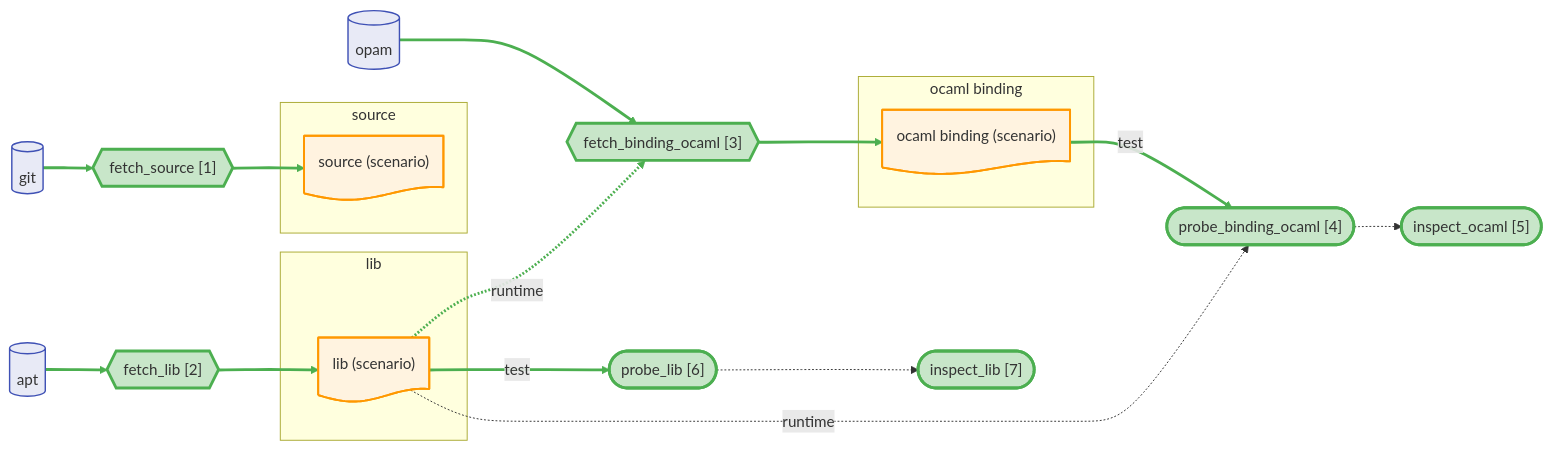
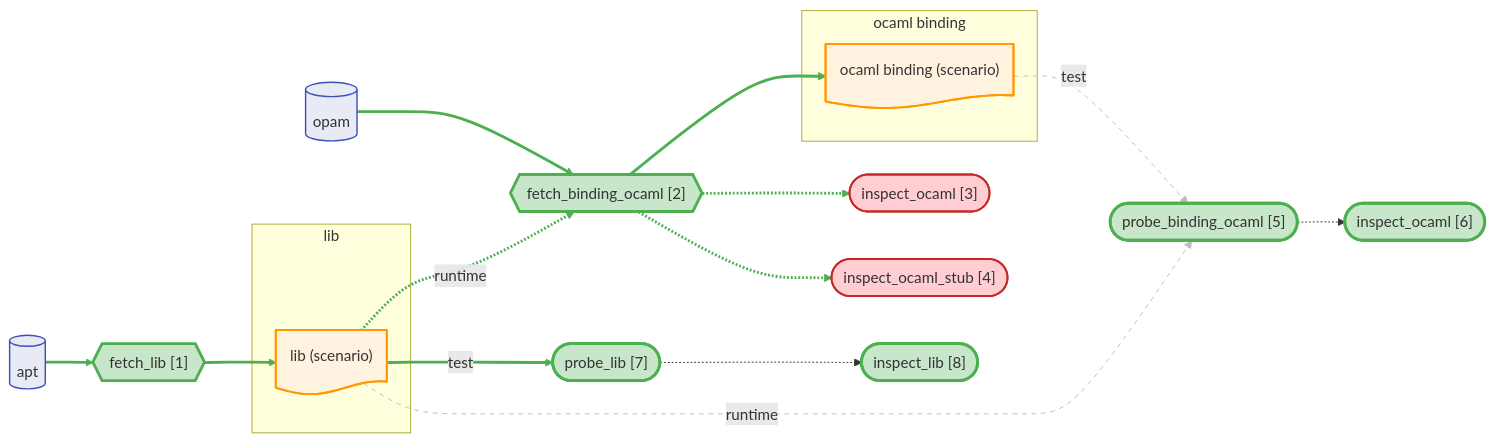
Before and after one commit to JHU-PL-Lab/tola: the diagram in docs/canary/projects/zlib/-run/diagrams/full.mmd, drawn with Mermaid. The commit also changed 129 other files, not shown here.

```diff
--- a/docs/canary/projects/zlib/-run/diagrams/full.mmd
+++ b/docs/canary/projects/zlib/-run/diagrams/full.mmd
@@ -1,62 +1,61 @@
 %% view: full
 graph LR
-    subgraph source_sg ["source"]
-      source_node@{ shape: doc, label: "source (scenario)" }
-    end
     subgraph lib_sg ["lib"]
       lib_node@{ shape: doc, label: "lib (scenario)" }
     end
     subgraph ocaml_binding_sg ["ocaml binding"]
       ocaml_binding_node@{ shape: doc, label: "ocaml binding (scenario)" }
     end
 
     apt_store@{ shape: cyl, label: "apt" }
-    git_store@{ shape: cyl, label: "git" }
     opam_store@{ shape: cyl, label: "opam" }
 
-    A_fetch_source{{"fetch_source [1]"}}
-    A_fetch_lib{{"fetch_lib [2]"}}
-    A_fetch_binding_ocaml{{"fetch_binding_ocaml [3]"}}
-    A_probe_binding_ocaml(["probe_binding_ocaml [4]"])
-    A_probe_binding_ocaml_inspect(["inspect_ocaml [5]"])
-    A_probe_lib(["probe_lib [6]"])
-    A_probe_lib_inspect(["inspect_lib [7]"])
+    A_fetch_lib{{"fetch_lib [1]"}}
+    A_fetch_binding_ocaml{{"fetch_binding_ocaml [2]"}}
+    A_fetch_binding_ocaml_inspect(["inspect_ocaml [3]"])
+    A_fetch_binding_ocaml_stub_inspect(["inspect_ocaml_stub [4]"])
+    A_probe_binding_ocaml(["probe_binding_ocaml [5]"])
+    A_probe_binding_ocaml_inspect(["inspect_ocaml [6]"])
+    A_probe_lib(["probe_lib [7]"])
+    A_probe_lib_inspect(["inspect_lib [8]"])
 
-    git_store --> A_fetch_source --> source_node
     apt_store --> A_fetch_lib --> lib_node
     lib_node -->|test| A_probe_lib
     opam_store --> A_fetch_binding_ocaml --> ocaml_binding_node
     lib_node -.->|runtime| A_fetch_binding_ocaml
     ocaml_binding_node -->|test| A_probe_binding_ocaml
     lib_node -.->|runtime| A_probe_binding_ocaml
+    A_fetch_binding_ocaml -.-> A_fetch_binding_ocaml_inspect
+    A_fetch_binding_ocaml -.-> A_fetch_binding_ocaml_stub_inspect
     A_probe_binding_ocaml -.-> A_probe_binding_ocaml_inspect
     A_probe_lib -.-> A_probe_lib_inspect
 
     classDef artifact fill:#fff3e0,stroke:#ff9800,stroke-width:2px
     classDef store fill:#e8eaf6,stroke:#3f51b5,stroke-width:1.5px
     classDef st_done fill:#c8e6c9,stroke:#4caf50,stroke-width:3px
     classDef st_done_ctx fill:#e8f5e9,stroke:#a5d6a7,stroke-width:1.5px
     classDef st_expected_fail fill:#fff9c4,stroke:#f9a825,stroke-width:2px
     classDef st_failed fill:#ffcdd2,stroke:#c62828,stroke-width:2px
     classDef st_skipped fill:#f5f5f5,stroke:#9e9e9e,stroke-dasharray:5
     classDef st_nospec fill:#fafafa,stroke:#bdbdbd,stroke-dasharray:5
-    class source_node,lib_node,ocaml_binding_node artifact
+    class lib_node,ocaml_binding_node artifact
     class apt_store store
-    class git_store store
     class opam_store store
-    class A_fetch_source st_done
     class A_fetch_lib st_done
     class A_fetch_binding_ocaml st_done
+    class A_fetch_binding_ocaml_inspect st_failed
+    class A_fetch_binding_ocaml_stub_inspect st_failed
     class A_probe_binding_ocaml st_done
     class A_probe_binding_ocaml_inspect st_done
     class A_probe_lib st_done
     class A_probe_lib_inspect st_done
     linkStyle 0 stroke:#4caf50,stroke-width:3px
     linkStyle 1 stroke:#4caf50,stroke-width:3px
     linkStyle 2 stroke:#4caf50,stroke-width:3px
     linkStyle 3 stroke:#4caf50,stroke-width:3px
     linkStyle 4 stroke:#4caf50,stroke-width:3px
     linkStyle 5 stroke:#4caf50,stroke-width:3px
-    linkStyle 6 stroke:#4caf50,stroke-width:3px
-    linkStyle 7 stroke:#4caf50,stroke-width:3px
+    linkStyle 6 stroke:#bdbdbd,stroke-width:1px,stroke-dasharray:5
+    linkStyle 7 stroke:#bdbdbd,stroke-width:1px,stroke-dasharray:5
     linkStyle 8 stroke:#4caf50,stroke-width:3px
+    linkStyle 9 stroke:#4caf50,stroke-width:3px
```
